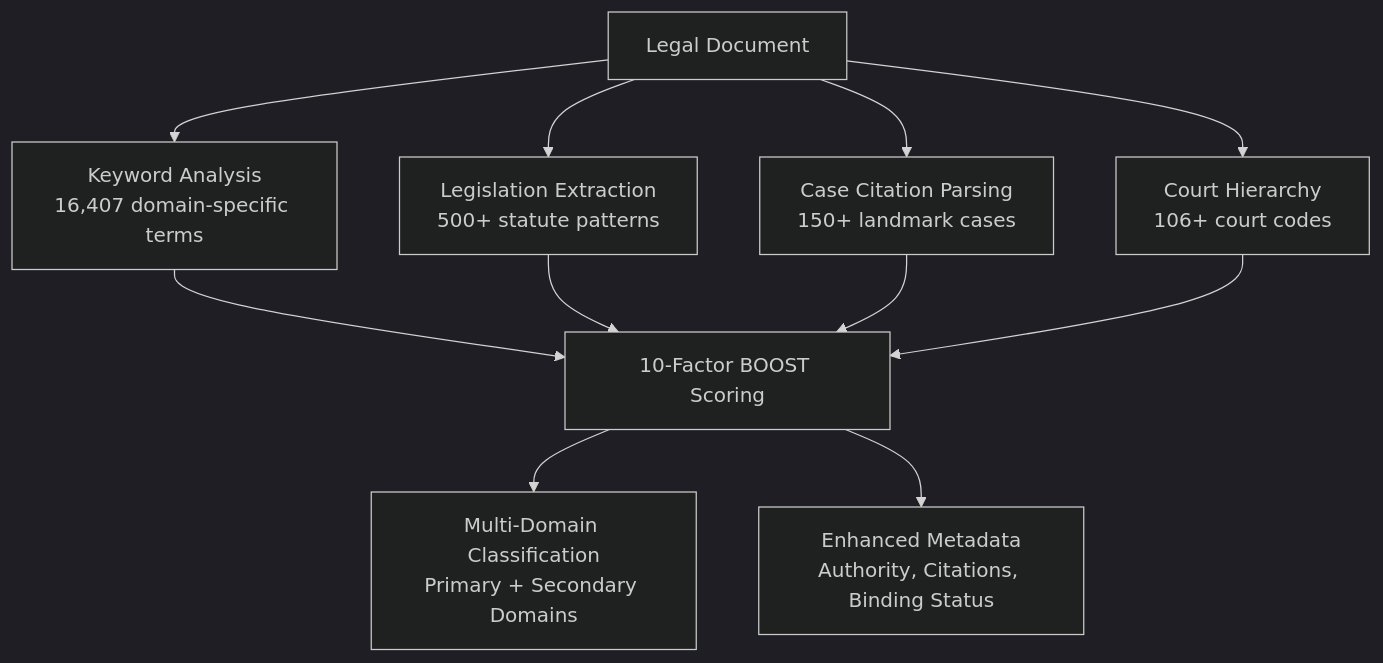
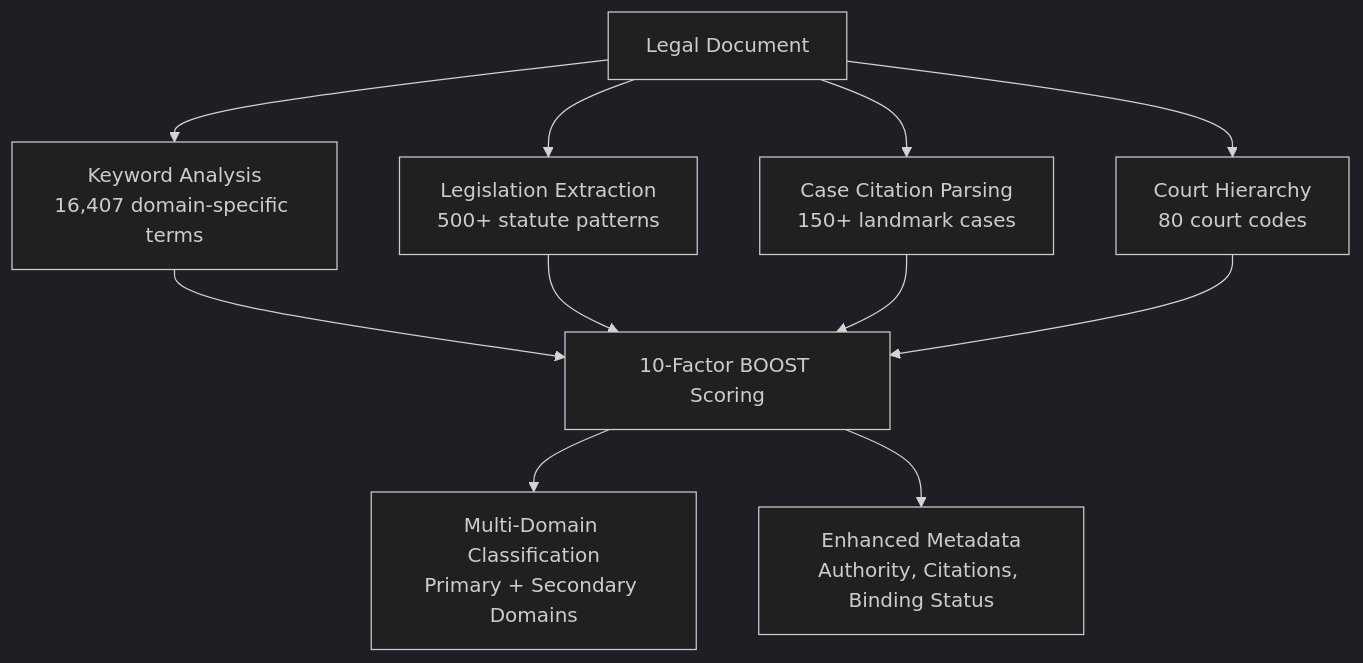
Diagram 15 of 18 in README.md (Verridian-ai/Functional-Structure-of-Episodic-Memory), drawn with Mermaid (dark theme) before and after one commit. The commit also changed other lines of this file and 4 other files, not shown here.

````diff
--- a/README.md
+++ b/README.md
@@ -1463,15 +1465,15 @@
 ```mermaid
 flowchart TB
     DOC[Legal Document] --> KW[Keyword Analysis<br/>16,407 domain-specific terms]
     DOC --> LEG[Legislation Extraction<br/>500+ statute patterns]
     DOC --> CASE[Case Citation Parsing<br/>150+ landmark cases]
-    DOC --> COURT[Court Hierarchy<br/>106+ court codes]
+    DOC --> COURT[Court Hierarchy<br/>80 court codes]
 
     KW --> BOOST[10-Factor BOOST Scoring]
     LEG --> BOOST
     CASE --> BOOST
     COURT --> BOOST
 
     BOOST --> DOMAIN[Multi-Domain Classification<br/>Primary + Secondary Domains]
     BOOST --> META[Enhanced Metadata<br/>Authority, Citations, Binding Status]
 ```
````
